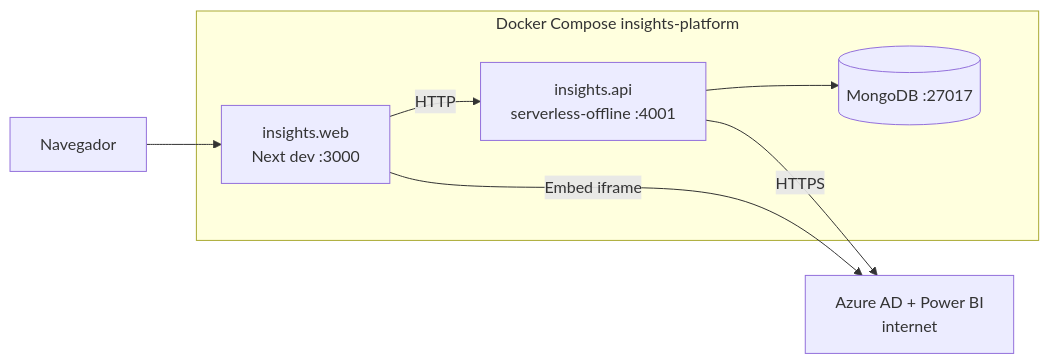
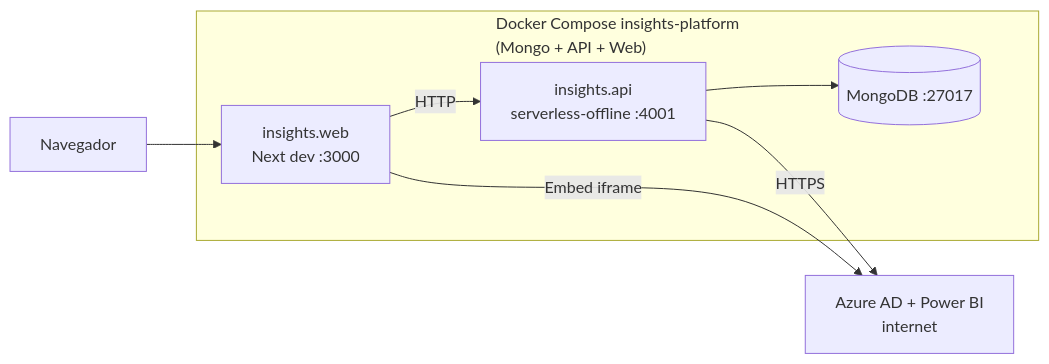
One commit to reluviari/insights-platform changed the second of 3 diagrams in README.md. Above: the diagram before and after it, drawn with Mermaid. The commit also changed other lines of this file and 8 other files, not shown here.

First line of the commit message:
docs(dev): Keycloak opcional no Compose, README enxuto e diagramas completos

````diff
--- a/README.md
+++ b/README.md
@@ -61,18 +61,18 @@
 ```mermaid
 graph LR
     Browser["Navegador"]
 
-    subgraph Compose["Docker Compose insights-platform"]
+    subgraph Compose["Docker Compose insights-platform\n(Mongo + API + Web)"]
         Web["insights.web\nNext dev :3000"]
         Api["insights.api\nserverless-offline :4001"]
         MongoLocal[("MongoDB :27017")]
     end
 
     MicrosoftCloud["Azure AD + Power BI\ninternet"]
 
     Browser --> Web
     Web -->|"HTTP"| Api
     Api --> MongoLocal
     Api -->|"HTTPS"| MicrosoftCloud
     Web -->|"Embed iframe"| MicrosoftCloud
 ```
````
